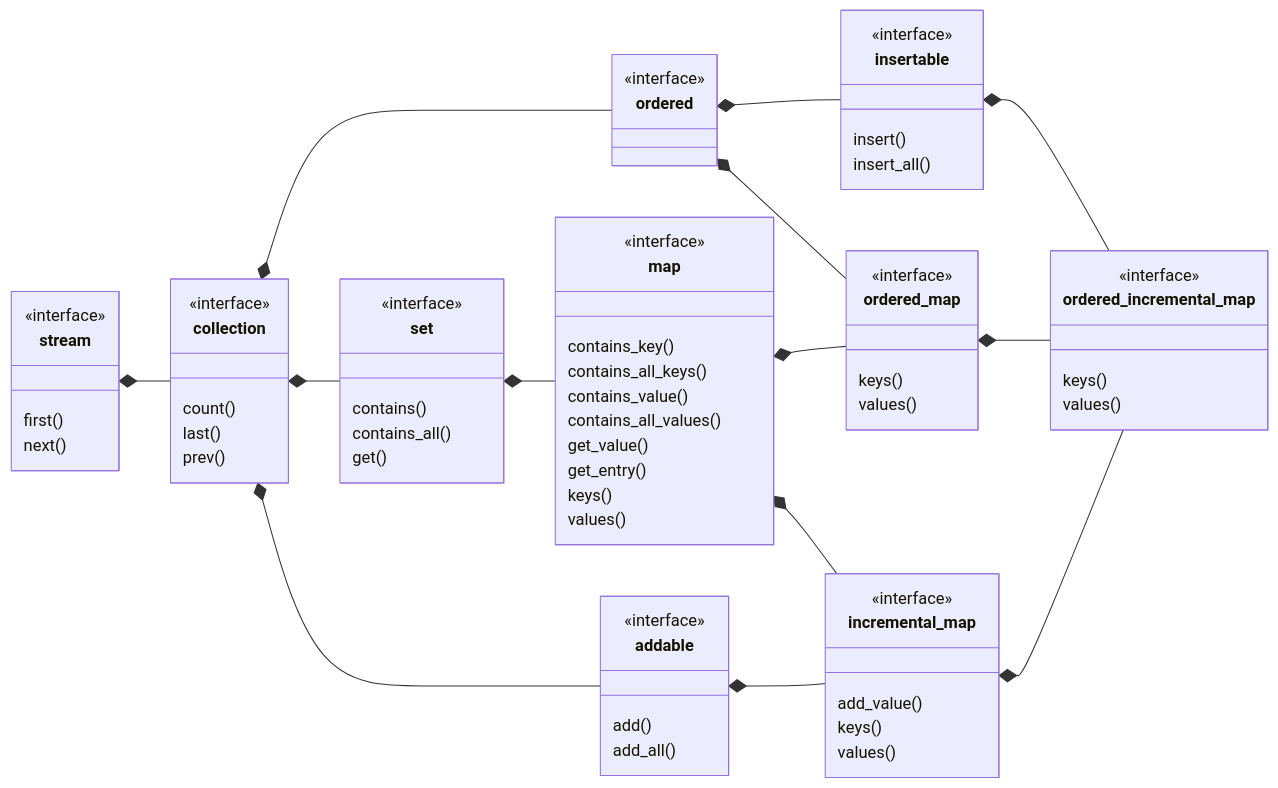
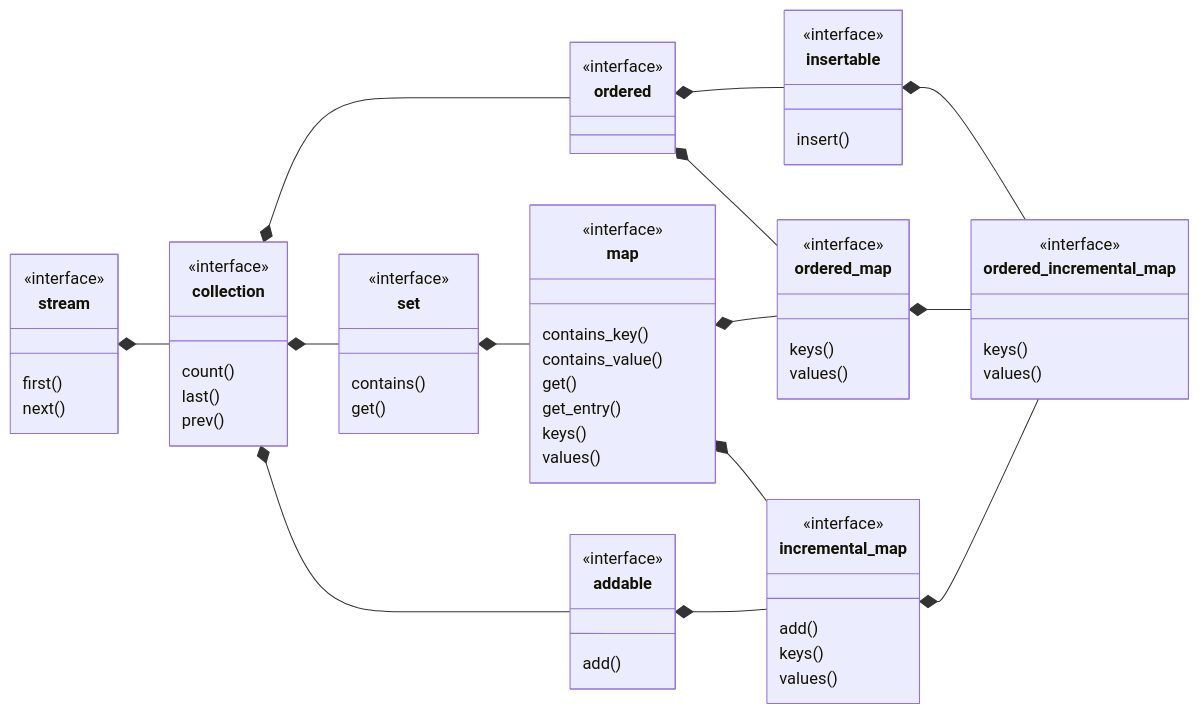
The diagram in doc/ordered_incremental_map.md (pretore/aquarium-butterflyfish), drawn with Mermaid before and after one commit. The commit also changed 26 other files, not shown here.

````diff
--- a/doc/ordered_incremental_map.md
+++ b/doc/ordered_incremental_map.md
@@ -3,73 +3,68 @@
 ```mermaid
 classDiagram
     direction LR
     class stream {
         first()
         next()
     }
     <<interface>> stream
     class collection {
         count()
         last()
         prev()
     }
     <<interface>> collection
     stream *-- collection
     class ordered
     <<interface>> ordered
     collection *-- ordered
     class insertable {
         insert()
-        insert_all()
     }
     <<interface>> insertable
     ordered *-- insertable
     class set {
         contains()
-        contains_all()
         get()
     }
     <<interface>> set
     collection *-- set
     class addable {
         add()
-        add_all()      
     }
     <<interface>> addable
     collection *-- addable
     class map {
         contains_key()
-        contains_all_keys()
         contains_value()
-        contains_all_values()
-        get_value()
+        get()
         get_entry()
         keys()
         values()
     }
     <<interface>> map
     set *-- map
     class incremental_map {
-        add_value()
+        add()
         keys()
         values()
     }
     <<interface>> incremental_map
     map *-- incremental_map
     addable *-- incremental_map
     class ordered_map {
         keys()
         values()
     }
     <<interface>> ordered_map
     ordered *-- ordered_map
     map *-- ordered_map
     class ordered_incremental_map {
         keys()
         values()
     }
     <<interface>> ordered_incremental_map
     insertable *-- ordered_incremental_map
     ordered_map *-- ordered_incremental_map
     incremental_map *-- ordered_incremental_map
 ```
````
